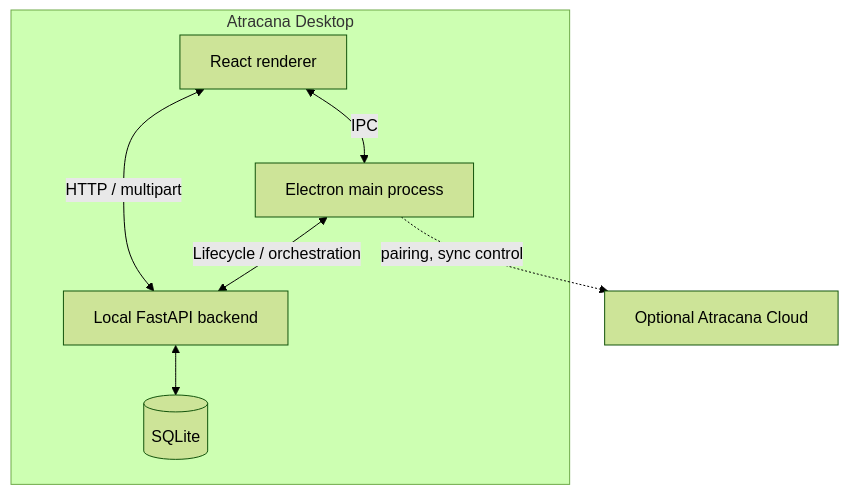
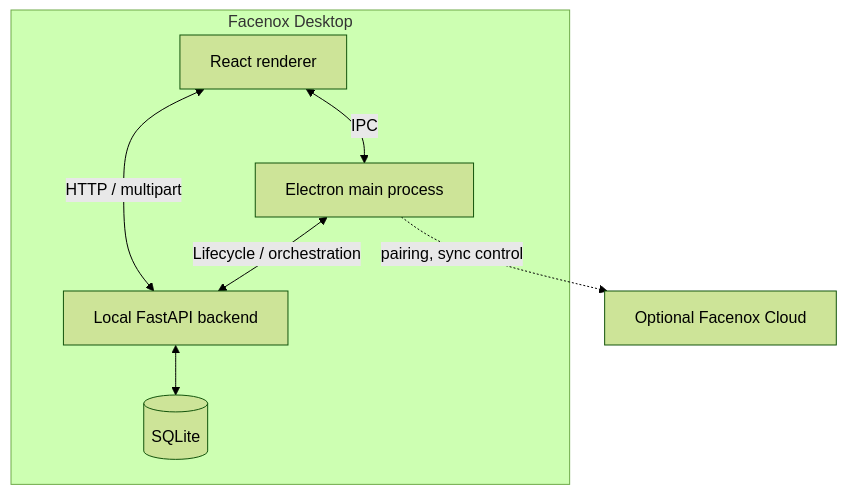
The diagram in docs/ARCHITECTURE.md (SuriAI/suri), drawn with Mermaid (forest theme) before and after one commit. The commit also changed other lines of this file and 57 other files, not shown here.

````diff
--- a/docs/ARCHITECTURE.md
+++ b/docs/ARCHITECTURE.md
@@ -15,18 +15,18 @@
 ```mermaid
 graph TD
-    subgraph Desktop["Atracana Desktop"]
+    subgraph Desktop["Facenox Desktop"]
         UI["React renderer"]
         MAIN["Electron main process"]
         API["Local FastAPI backend"]
         DB[("SQLite")]
 
         UI <-->|IPC| MAIN
         UI <-->|HTTP / multipart| API
         MAIN <-->|Lifecycle / orchestration| API
         API <--> DB
     end
 
-    CLOUD["Optional Atracana Cloud"]
+    CLOUD["Optional Facenox Cloud"]
 
     MAIN -. pairing, sync control .-> CLOUD
 ```
````
